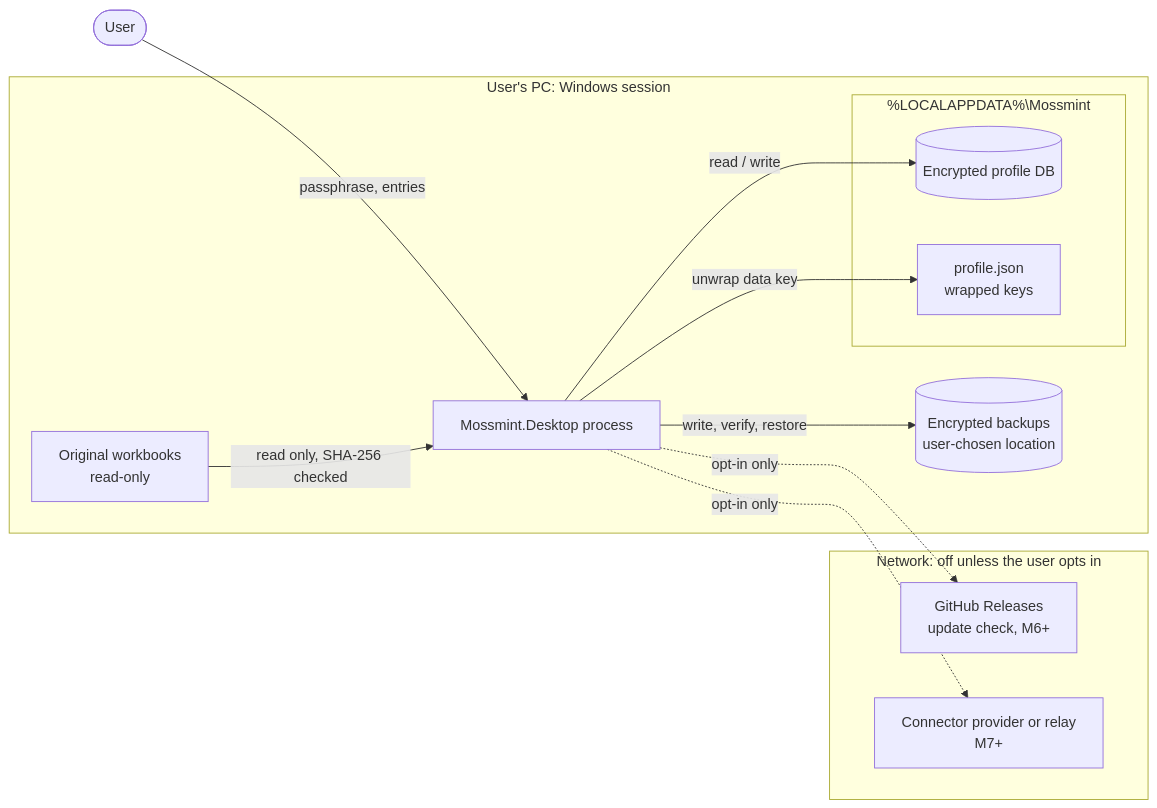
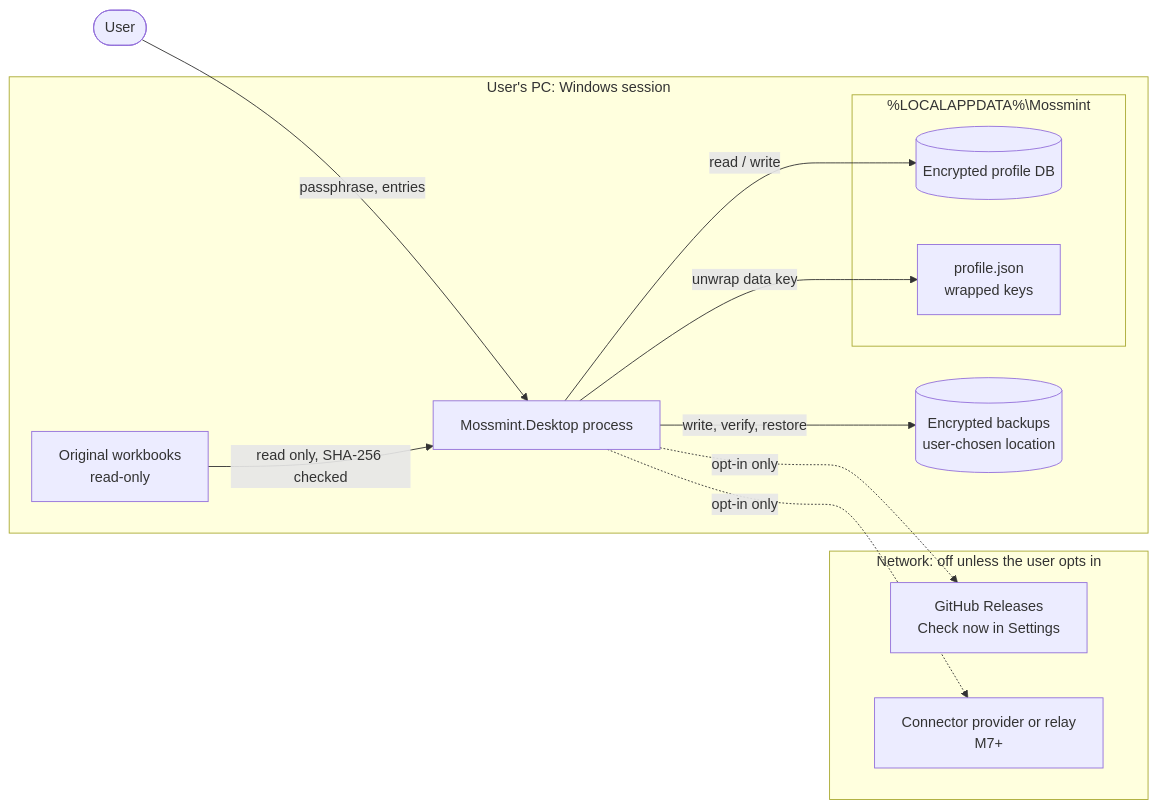
One commit to hazeliscoding/mossmint changed the first of 2 diagrams in docs/architecture/threat-model.md. Above: the diagram before and after it, drawn with Mermaid. The commit also changed other lines of this file and 2 other files, not shown here.

Commit message:
docs(architecture): record what the update check sends in ADR-0003

````diff
--- a/docs/architecture/threat-model.md
+++ b/docs/architecture/threat-model.md
@@ -32,27 +32,27 @@
 ```mermaid
 flowchart LR
     user([User])
 
     subgraph pc["User's PC: Windows session"]
         app["Mossmint.Desktop process"]
         subgraph appdata["%LOCALAPPDATA%\Mossmint"]
             db[("Encrypted profile DB")]
             keys["profile.json<br/>wrapped keys"]
         end
         backups[("Encrypted backups<br/>user-chosen location")]
         workbooks["Original workbooks<br/>read-only"]
     end
 
     subgraph net["Network: off unless the user opts in"]
-        releases["GitHub Releases<br/>update check, M6+"]
+        releases["GitHub Releases<br/>Check now in Settings"]
         provider["Connector provider or relay<br/>M7+"]
     end
 
     user -- "passphrase, entries" --> app
     app -- "read / write" --> db
     app -- "unwrap data key" --> keys
     app -- "write, verify, restore" --> backups
     workbooks -- "read only, SHA-256 checked" --> app
     app -. "opt-in only" .-> releases
     app -. "opt-in only" .-> provider
 ```
````
